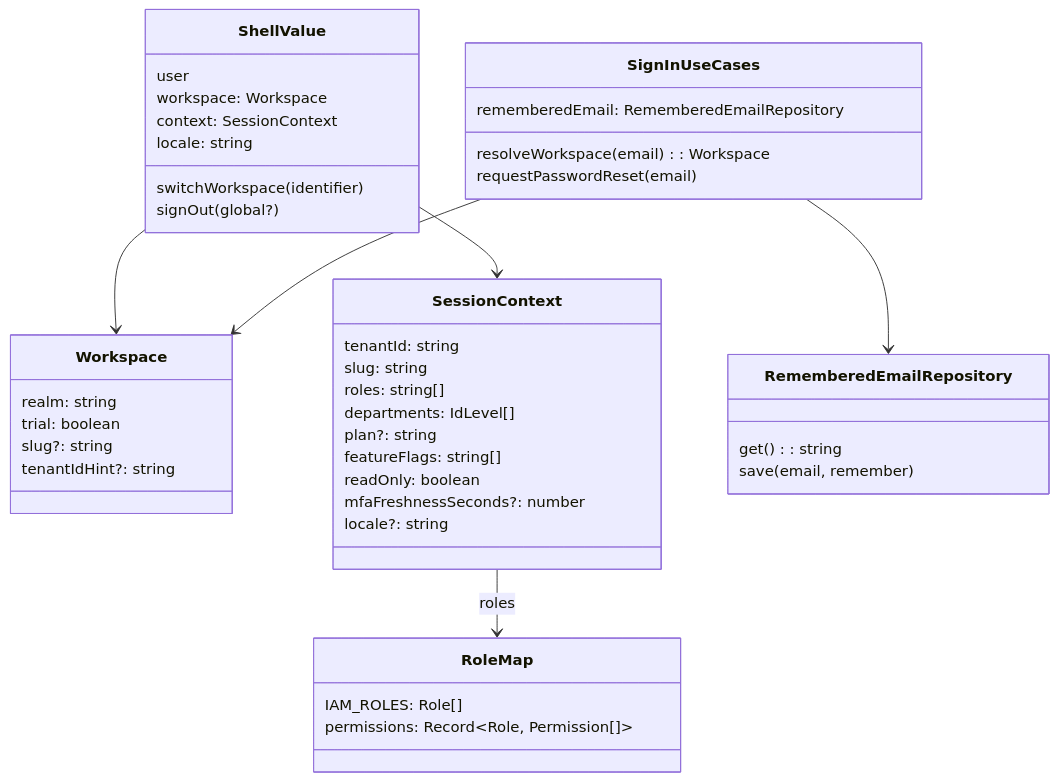
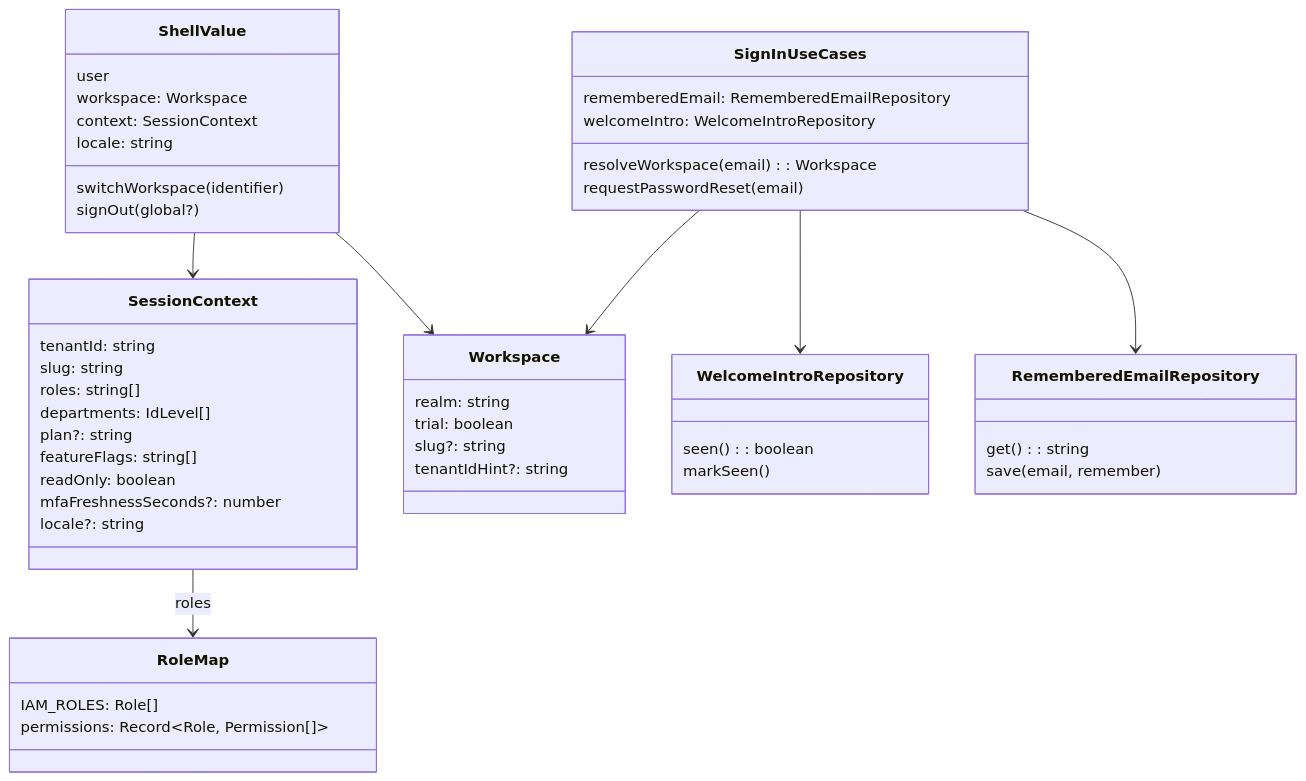
The diagram in docs/architecture/mermaid/data-model.mmd (BCBP-SOLUTIONS-FZC-LLC/web-shell), drawn with Mermaid before and after one commit. The commit also changed 39 other files, not shown here.

Commit message:
Greet a browser's first visit with a cinematic welcome intro before the sign-in form

```diff
--- a/docs/architecture/mermaid/data-model.mmd
+++ b/docs/architecture/mermaid/data-model.mmd
@@ -1,44 +1,50 @@
 classDiagram
     class Workspace {
         realm: string
         trial: boolean
         slug?: string
         tenantIdHint?: string
     }
     class SessionContext {
         tenantId: string
         slug: string
         roles: string[]
         departments: IdLevel[]
         plan?: string
         featureFlags: string[]
         readOnly: boolean
         mfaFreshnessSeconds?: number
         locale?: string
     }
     class ShellValue {
         user
         workspace: Workspace
         context: SessionContext
         locale: string
         switchWorkspace(identifier)
         signOut(global?)
     }
     class RoleMap {
         IAM_ROLES: Role[]
         permissions: Record~Role, Permission[]~
     }
     class SignInUseCases {
         resolveWorkspace(email): Workspace
         requestPasswordReset(email)
         rememberedEmail: RememberedEmailRepository
+        welcomeIntro: WelcomeIntroRepository
     }
     class RememberedEmailRepository {
         get(): string
         save(email, remember)
     }
+    class WelcomeIntroRepository {
+        seen(): boolean
+        markSeen()
+    }
     ShellValue --> Workspace
     ShellValue --> SessionContext
     SessionContext --> RoleMap : roles
     SignInUseCases --> RememberedEmailRepository
+    SignInUseCases --> WelcomeIntroRepository
     SignInUseCases --> Workspace
```
